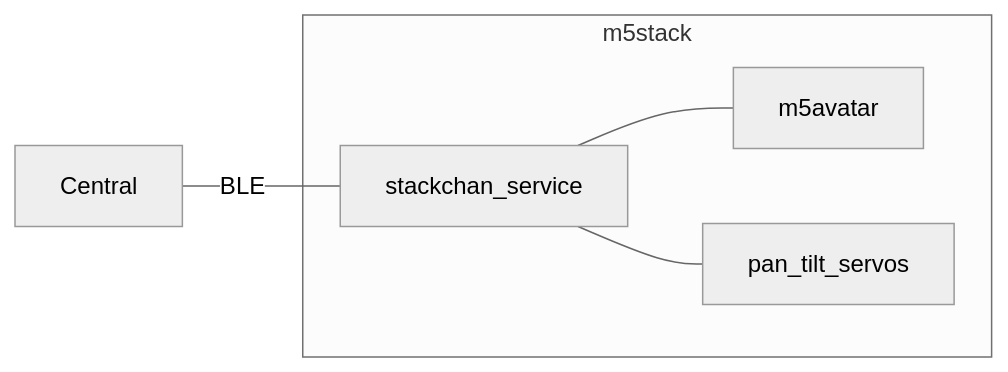
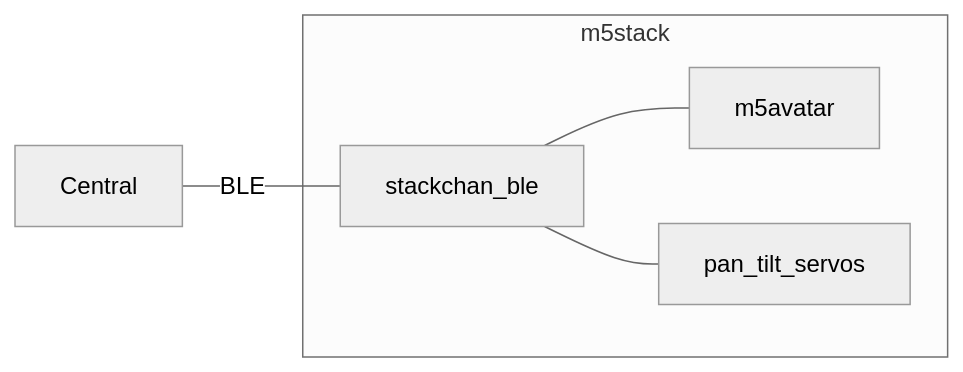
Before and after one commit to botamochi6277/stackchan-ble: the first of 2 diagrams in README.md, drawn with Mermaid (neutral theme). The commit also changed other lines of this file and 3 other files, not shown here.

````diff
--- a/README.md
+++ b/README.md
@@ -7,15 +9,15 @@
 ```mermaid
 graph LR
 
 subgraph m5stack
 
   m5avatar
-  stackchan_service
+  stackchan_ble
   pan_tilt_servos
 
-  stackchan_service---m5avatar
-  stackchan_service---pan_tilt_servos
+  stackchan_ble---m5avatar
+  stackchan_ble---pan_tilt_servos
 end
 
-Central---|BLE|stackchan_service
+Central---|BLE|stackchan_ble
 ```
````
